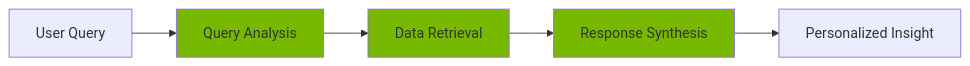
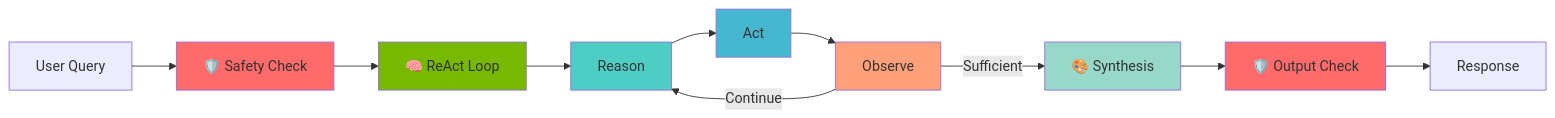
The diagram in README.md (sumedhkhodke/hackathon-nvidia-gtc-25), drawn with Mermaid before and after one commit. The commit also changed other lines of this file and 5 other files, not shown here.

First line of the commit message:
Add advanced architecture and implementation docs

````diff
--- a/README.md
+++ b/README.md
@@ -117,11 +127,20 @@
 ```mermaid
 graph LR
-    A[User Query] --> B[Query Analysis]
-    B --> C[Data Retrieval]
-    C --> D[Response Synthesis]
-    D --> E[Personalized Insight]
+    A[User Query] --> B[🛡️ Safety Check]
+    B --> C[🧠 ReAct Loop]
+    C --> D[Reason]
+    D --> E[Act]
+    E --> F[Observe]
+    F --> |Continue| D
+    F --> |Sufficient| G[🎨 Synthesis]
+    G --> H[🛡️ Output Check]
+    H --> I[Response]
     
-    style B fill:#76B900
+    style B fill:#FF6B6B
     style C fill:#76B900
-    style D fill:#76B900
+    style D fill:#4ECDC4
+    style E fill:#45B7D1
+    style F fill:#FFA07A
+    style G fill:#98D8C8
+    style H fill:#FF6B6B
 ```
````
